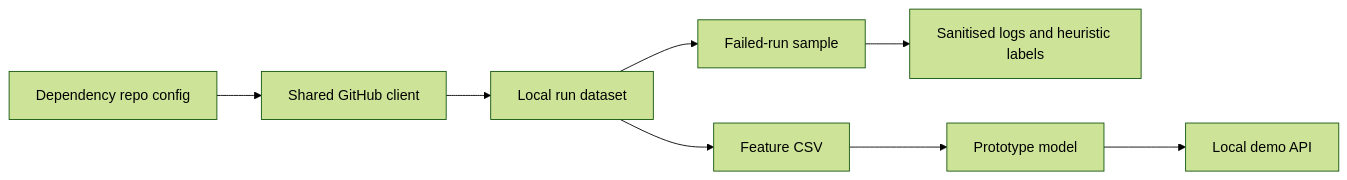
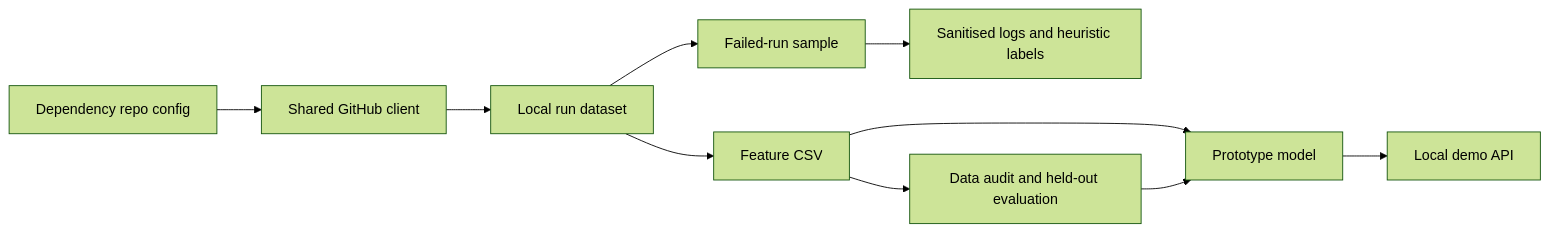
The diagram in experts/dependency/research/README.md (PrasadWijesinghe/Final_Research), drawn with Mermaid (forest theme) before and after one commit. The commit also changed other lines of this file and 22 other files, not shown here.

````diff
--- a/experts/dependency/research/README.md
+++ b/experts/dependency/research/README.md
@@ -30,10 +34,12 @@
 ```mermaid
 flowchart LR
     A[Dependency repo config] --> B[Shared GitHub client]
     B --> C[Local run dataset]
     C --> D[Feature CSV]
     C --> G[Failed-run sample]
     G --> H[Sanitised logs and heuristic labels]
-    D --> E[Prototype model]
-    E --> F[Local demo API]
+    D --> E[Data audit and held-out evaluation]
+    D --> I[Prototype model]
+    E --> I
+    I --> F[Local demo API]
 ```
````
